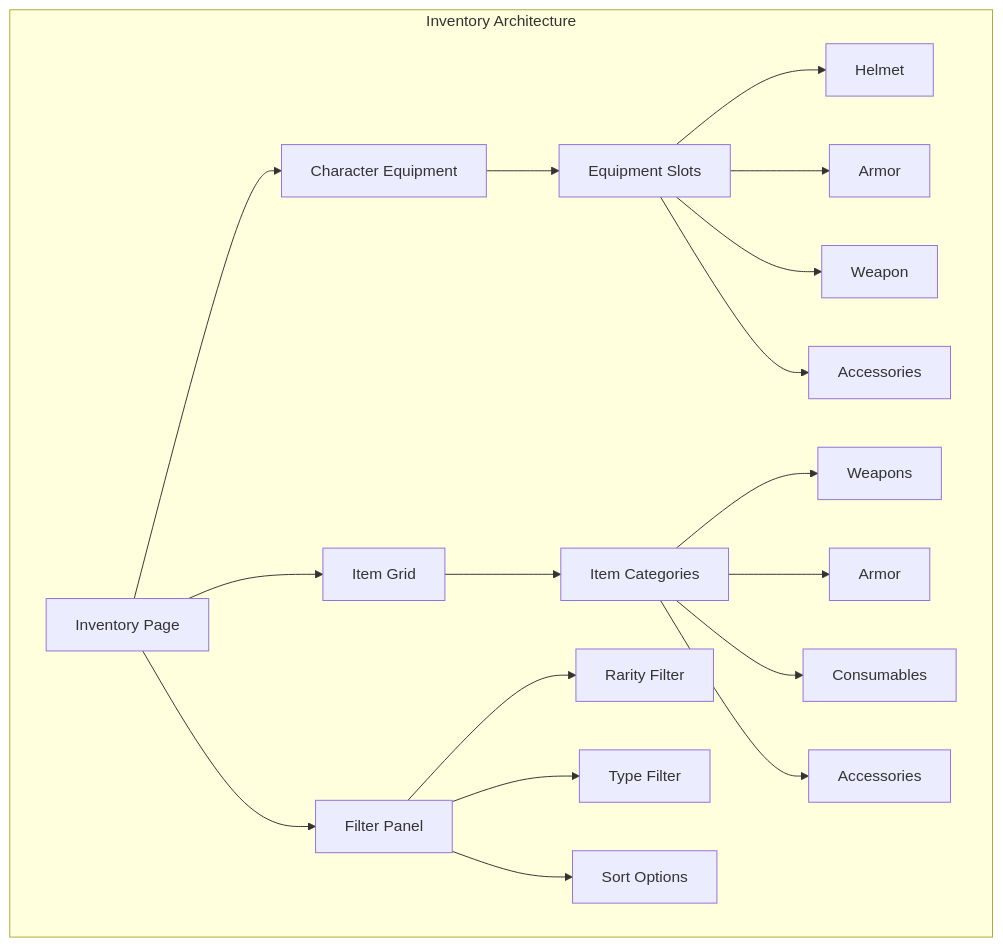
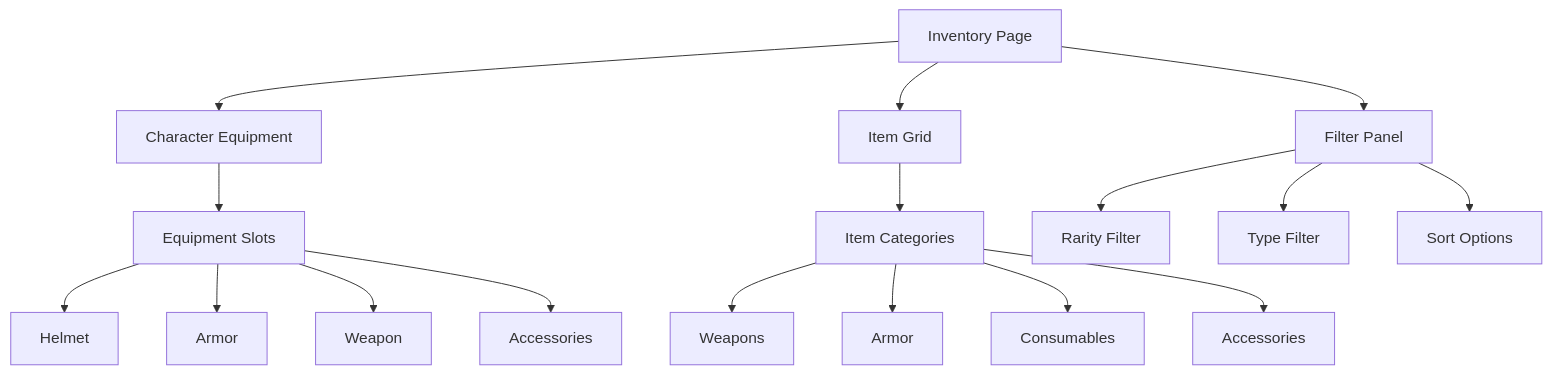
Before and after one commit to ma1iik/PlayerOne: diagram 11 of 20 in FRONTEND_ARCHITECTURE.md, drawn with Mermaid. The commit also changed other lines of this file, not shown here.

````diff
--- a/FRONTEND_ARCHITECTURE.md
+++ b/FRONTEND_ARCHITECTURE.md
@@ -276,24 +272,22 @@
 ```mermaid
 graph TB
-    subgraph "Inventory Architecture"
-        A[Inventory Page] --> B[Character Equipment]
-        A --> C[Item Grid]
-        A --> D[Filter Panel]
-        
-        B --> E[Equipment Slots]
-        E --> F[Helmet]
-        E --> G[Armor]
-        E --> H[Weapon]
-        E --> I[Accessories]
-        
-        C --> J[Item Categories]
-        J --> K[Weapons]
-        J --> L[Armor]
-        J --> M[Consumables]
-        J --> N[Accessories]
-        
-        D --> O[Rarity Filter]
-        D --> P[Type Filter]
-        D --> Q[Sort Options]
-    end
+    A[Inventory Page] --> B[Character Equipment]
+    A --> C[Item Grid]
+    A --> D[Filter Panel]
+    
+    B --> E[Equipment Slots]
+    E --> F[Helmet]
+    E --> G[Armor]
+    E --> H[Weapon]
+    E --> I[Accessories]
+    
+    C --> J[Item Categories]
+    J --> K[Weapons]
+    J --> L[Armor]
+    J --> M[Consumables]
+    J --> N[Accessories]
+    
+    D --> O[Rarity Filter]
+    D --> P[Type Filter]
+    D --> Q[Sort Options]
 ```
````
